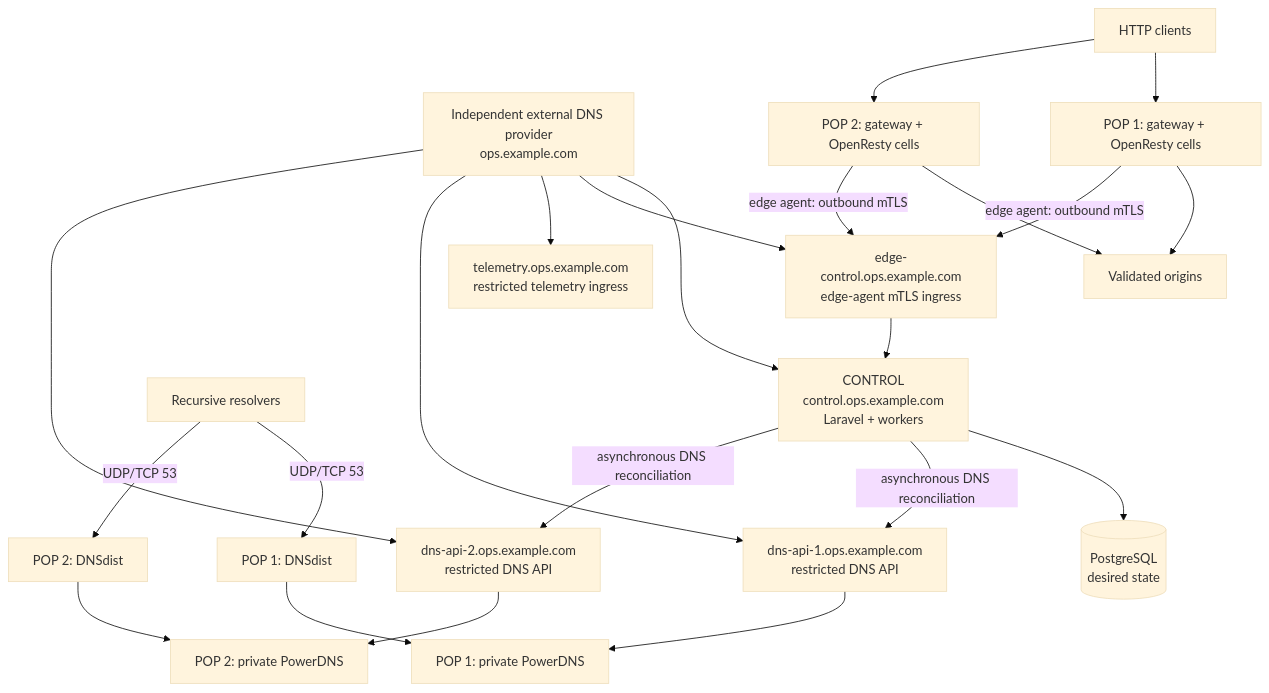
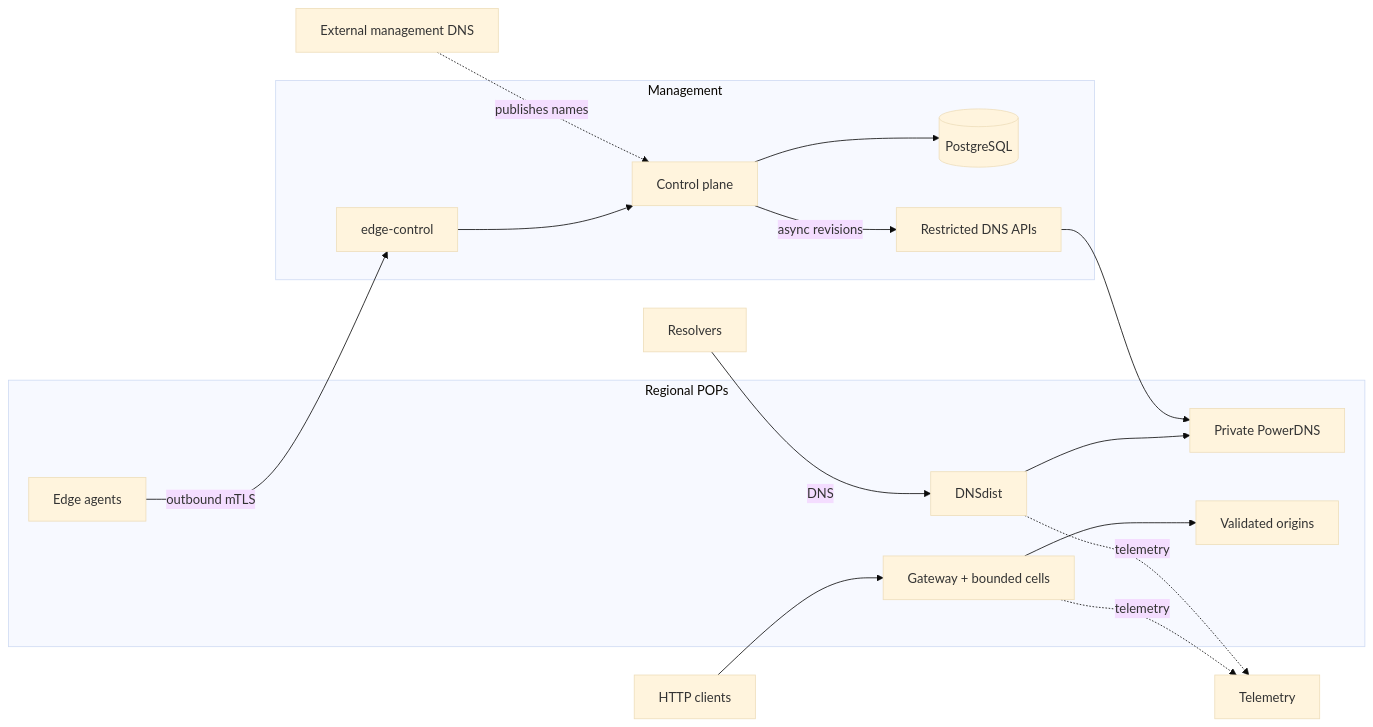
Before and after one commit to vaheed/CDNFoundry: the diagram in docs/deployment/production-quick-start.md, drawn with Mermaid (base theme). The commit also changed 24 other files, not shown here.

````diff
--- a/docs/deployment/production-quick-start.md
+++ b/docs/deployment/production-quick-start.md
@@ -8,24 +8,22 @@
 ```mermaid
-flowchart TB
-  ExternalDNS["Independent external DNS provider<br/>ops.example.com"] --> CONTROL["CONTROL<br/>control.ops.example.com<br/>Laravel + workers"]
-  ExternalDNS --> EC["edge-control.ops.example.com<br/>edge-agent mTLS ingress"]
-  ExternalDNS --> TI["telemetry.ops.example.com<br/>restricted telemetry ingress"]
-  ExternalDNS --> API1["dns-api-1.ops.example.com<br/>restricted DNS API"]
-  ExternalDNS --> API2["dns-api-2.ops.example.com<br/>restricted DNS API"]
-  CONTROL --> PG[("PostgreSQL<br/>desired state")]
-  CONTROL -->|"asynchronous DNS reconciliation"| API1
-  CONTROL -->|"asynchronous DNS reconciliation"| API2
-  API1 --> PDNS1["POP 1: private PowerDNS"]
-  API2 --> PDNS2["POP 2: private PowerDNS"]
-  Resolver["Recursive resolvers"] -->|"UDP/TCP 53"| DD1["POP 1: DNSdist"]
-  Resolver -->|"UDP/TCP 53"| DD2["POP 2: DNSdist"]
-  DD1 --> PDNS1
-  DD2 --> PDNS2
-  Client["HTTP clients"] --> GW1["POP 1: gateway + OpenResty cells"]
-  Client --> GW2["POP 2: gateway + OpenResty cells"]
-  GW1 --> Origins["Validated origins"]
-  GW2 --> Origins
-  GW1 -->|"edge agent: outbound mTLS"| EC
-  GW2 -->|"edge agent: outbound mTLS"| EC
-  EC --> CONTROL
+flowchart LR
+  MgmtDNS["External management DNS"] -. "publishes names" .-> Control
+
+  subgraph Management["Management"]
+    Control["Control plane"] --> State[("PostgreSQL")]
+    EdgeControl["edge-control"] --> Control
+    Control -->|"async revisions"| DNSAPI["Restricted DNS APIs"]
+  end
+
+  subgraph POPs["Regional POPs"]
+    Agents["Edge agents"] -->|"outbound mTLS"| EdgeControl
+    DNSAPI --> PowerDNS["Private PowerDNS"]
+    DNSdist["DNSdist"] --> PowerDNS
+    Edge["Gateway + bounded cells"] --> Origins["Validated origins"]
+  end
+
+  Resolvers["Resolvers"] -->|"DNS"| DNSdist
+  Clients["HTTP clients"] --> Edge
+  DNSdist -. "telemetry" .-> Observe["Telemetry"]
+  Edge -. "telemetry" .-> Observe
 ```
````
